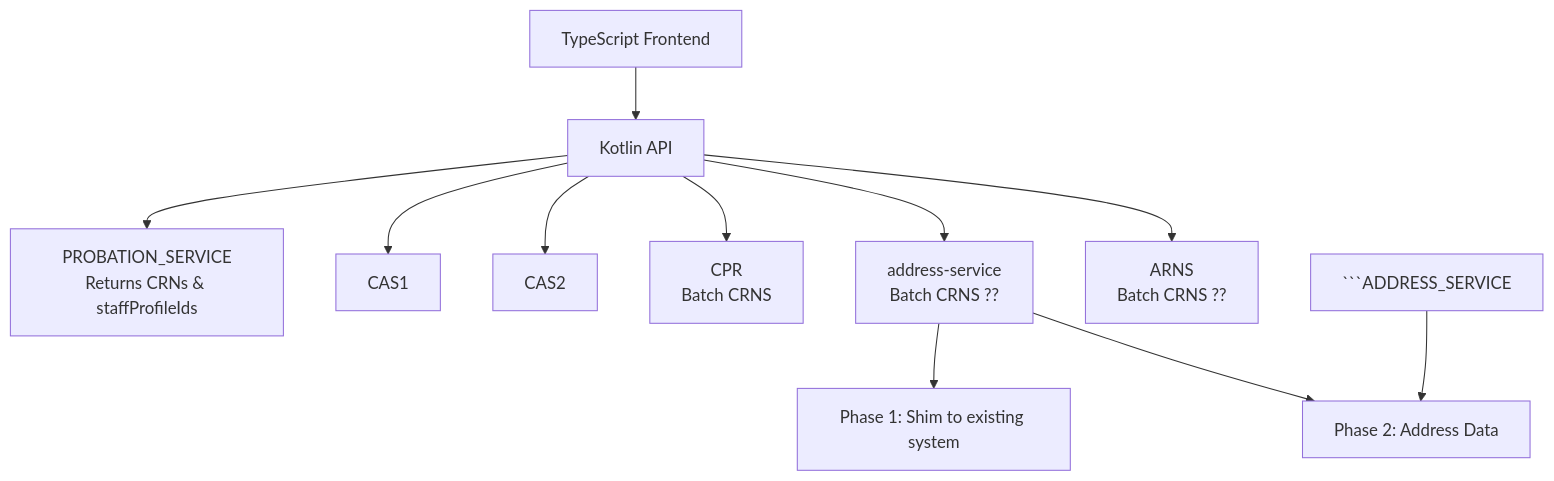
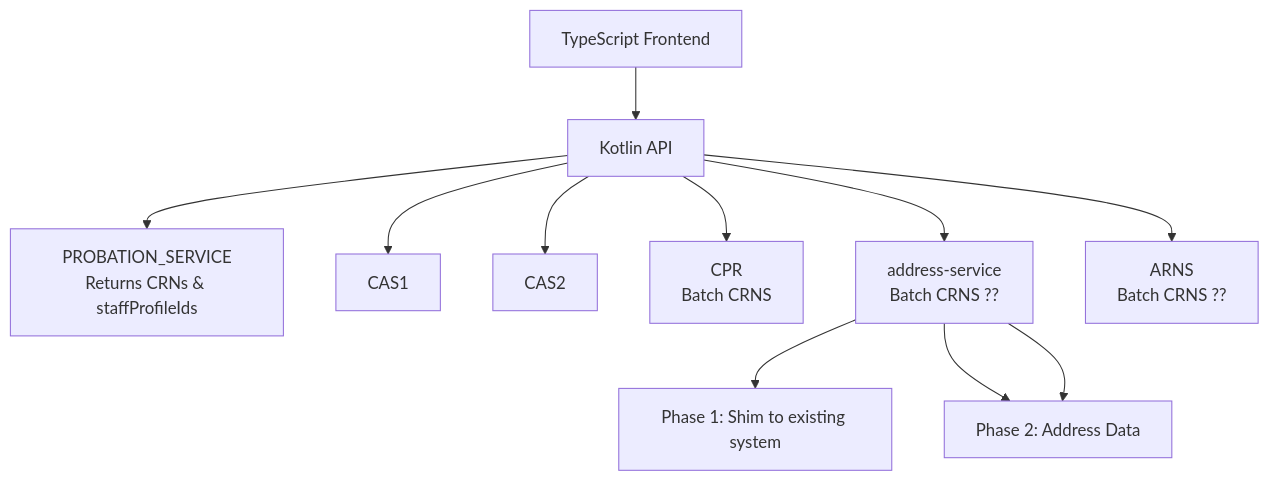
One commit to ministryofjustice/hmpps-ap-notes changed the diagram in meeting/proposed saas look.md. Above: the diagram before and after it, drawn with Mermaid.

Commit message:
Update proposed saas look.md

````diff
--- a/meeting/proposed saas look.md
+++ b/meeting/proposed saas look.md
@@ -3,16 +3,16 @@
 ```mermaid
 graph TD
     TS[TypeScript Frontend] --> KotlinAPI[Kotlin API]
     
     KotlinAPI --> PROBATION_SERVICE[PROBATION_SERVICE<br/>Returns CRNs & staffProfileIds]
     
     KotlinAPI --> CAS1[CAS1]
     KotlinAPI --> CAS2[CAS2]
     KotlinAPI --> CPR[CPR<br/>Batch CRNS]
     KotlinAPI --> ADDRESS_SERVICE[address-service<br/>Batch CRNS ??]
     KotlinAPI --> ARNS[ARNS<br/>Batch CRNS ??]
     
     ADDRESS_SERVICE --> Phase1[Phase 1: Shim to existing system]
     ADDRESS_SERVICE --> Phase2[Phase 2: Address Data]
-```ADDRESS_SERVICE --> Phase2[Phase 2: Address Data]
+    ADDRESS_SERVICE --> Phase2[Phase 2: Address Data]
 ```
````
